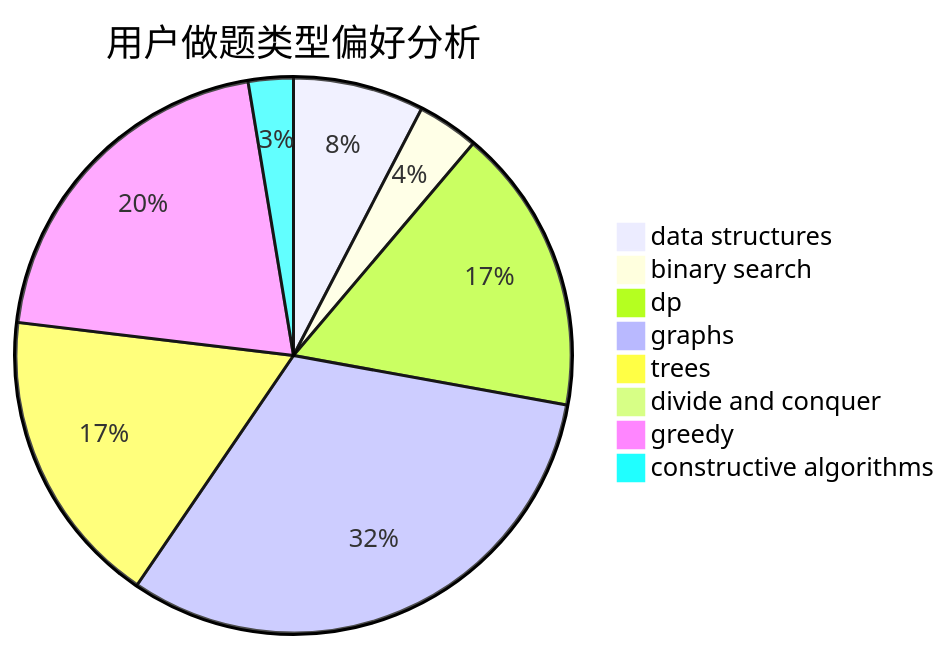
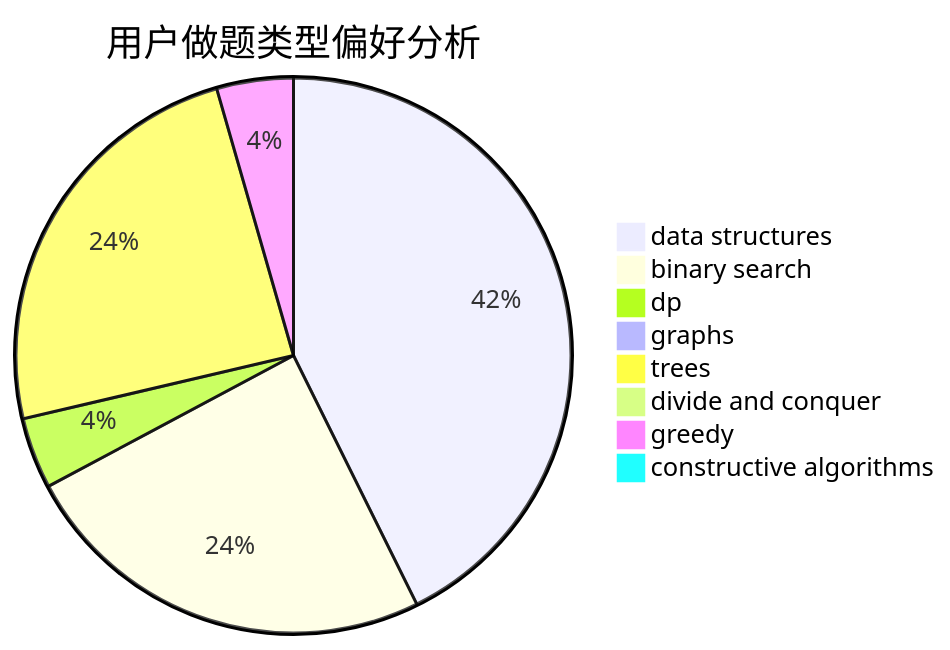
Before and after one commit to sherpahu/cfrs.github.io: the second of 3 diagrams in docs/user/u336.md, drawn with Mermaid. The commit also changed other lines of this file and 2770 other files, not shown here.

````diff
--- a/docs/user/u336.md
+++ b/docs/user/u336.md
@@ -23,11 +23,11 @@
 ```mermaid
 pie title 用户做题类型偏好分析
-    "data structures" :  32
-    "binary search" :  15
-    "dp" :  70
-    "graphs" :  133
-    "trees" :  73
+    "data structures" :  134
+    "binary search" :  77
+    "dp" :  13
+    "graphs" :  0
+    "trees" :  76
     "divide and conquer" :  0
-    "greedy" :  86
-    "constructive algorithms" :  11
+    "greedy" :  14
+    "constructive algorithms" :  3
 ```
````
